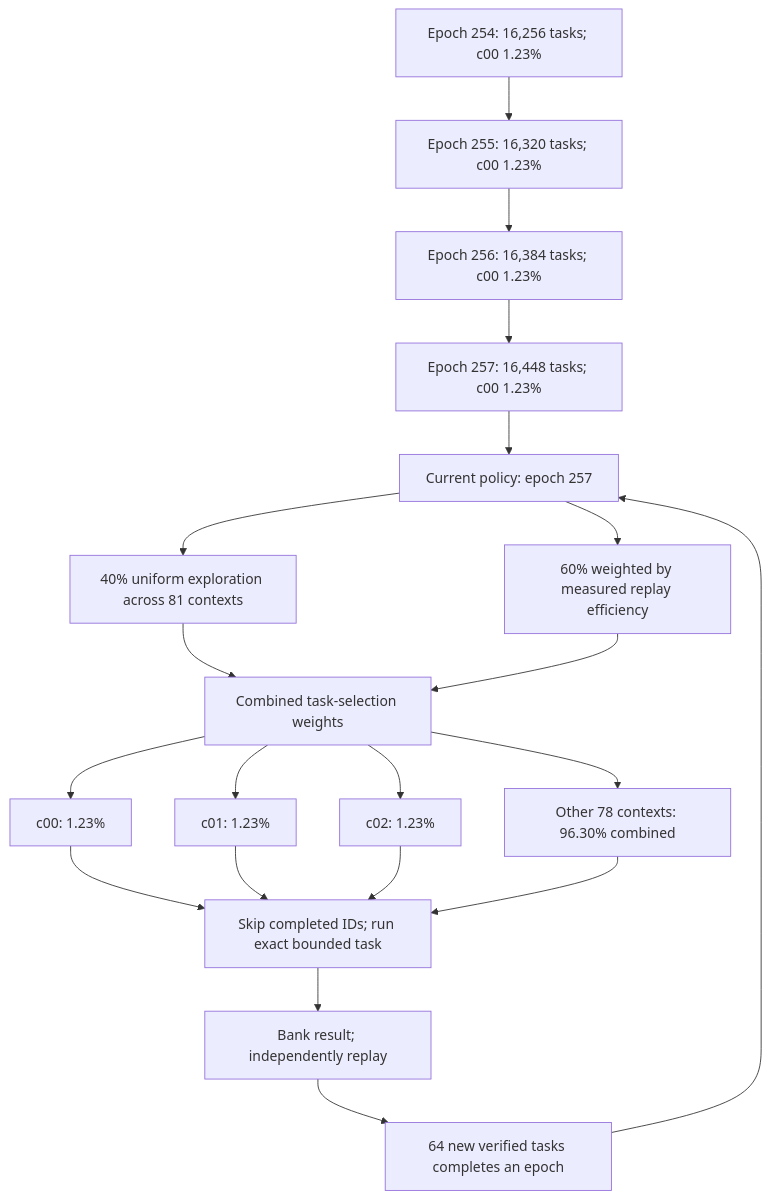
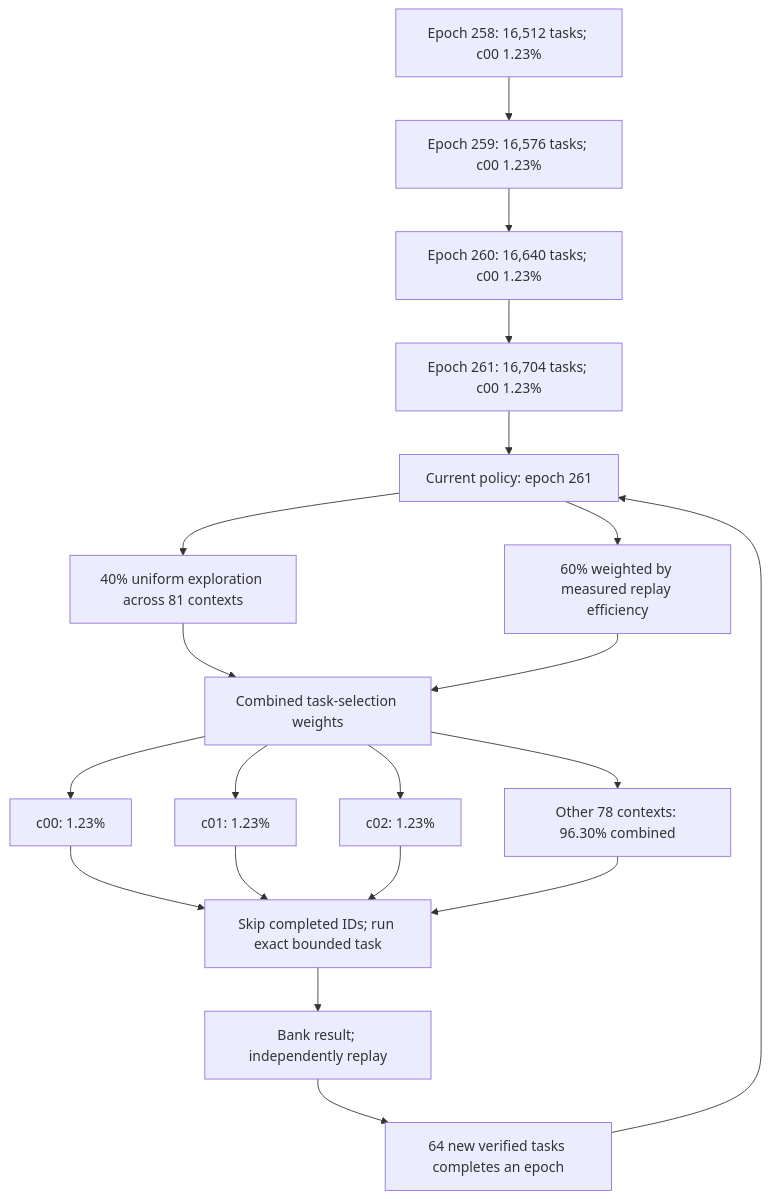
The diagram in README.md (Kuberwastaken/math-gambling), drawn with Mermaid before and after one commit. The commit also changed other lines of this file and 597 other files, not shown here.

````diff
--- a/README.md
+++ b/README.md
@@ -49,27 +49,27 @@
 ```mermaid
 flowchart TD
-    H0["Epoch 254: 16,256 tasks; c00 1.23%"]
-    H1["Epoch 255: 16,320 tasks; c00 1.23%"]
+    H0["Epoch 258: 16,512 tasks; c00 1.23%"]
+    H1["Epoch 259: 16,576 tasks; c00 1.23%"]
     H0 --> H1
-    H2["Epoch 256: 16,384 tasks; c00 1.23%"]
+    H2["Epoch 260: 16,640 tasks; c00 1.23%"]
     H1 --> H2
-    H3["Epoch 257: 16,448 tasks; c00 1.23%"]
+    H3["Epoch 261: 16,704 tasks; c00 1.23%"]
     H2 --> H3
-    Policy["Current policy: epoch 257"]
+    Policy["Current policy: epoch 261"]
     H3 --> Policy
     Policy --> Explore["40% uniform exploration across 81 contexts"]
     Policy --> Cost["60% weighted by measured replay efficiency"]
     Explore --> Mix["Combined task-selection weights"]
     Cost --> Mix
     Mix --> C0["c00: 1.23%"]
     Mix --> C1["c01: 1.23%"]
     Mix --> C2["c02: 1.23%"]
     Mix --> Rest["Other 78 contexts: 96.30% combined"]
     C0 --> Check["Skip completed IDs; run exact bounded task"]
     C1 --> Check
     C2 --> Check
     Rest --> Check
     Check --> Replay["Bank result; independently replay"]
     Replay --> Gate["64 new verified tasks completes an epoch"]
     Gate --> Policy
 ```
````
